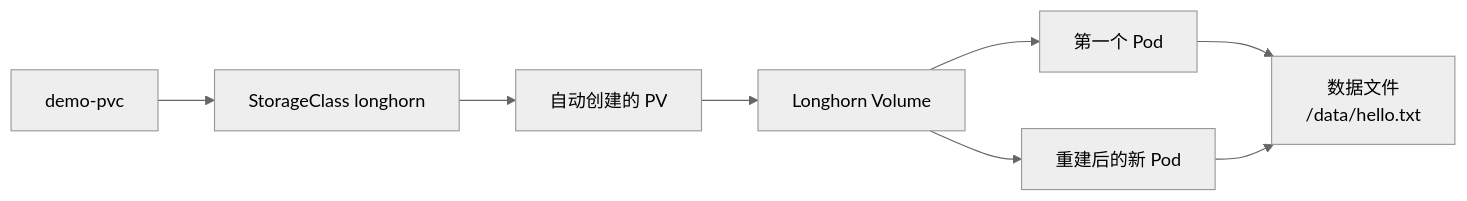
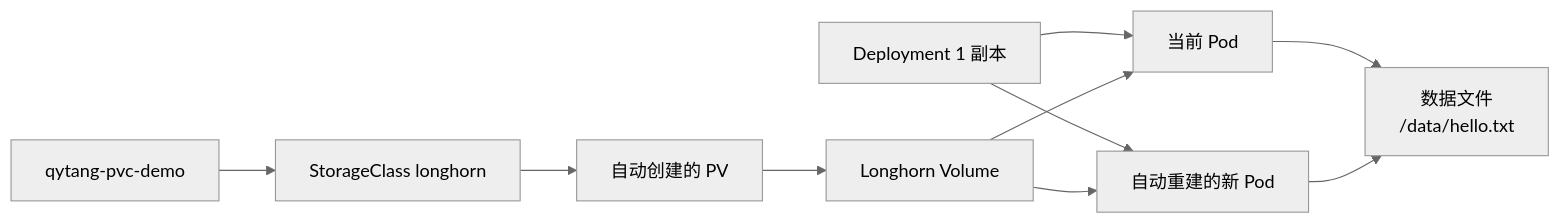
The second of 3 diagrams in k8s/04-storage-and-stateful/docs/06_default_storageclass_and_test_pvc.md (hwang-protocol/docker_k8s_2026), drawn with Mermaid (neutral theme) before and after one commit. The commit also changed other lines of this file and 40 other files, not shown here.

````diff
--- a/k8s/04-storage-and-stateful/docs/06_default_storageclass_and_test_pvc.md
+++ b/k8s/04-storage-and-stateful/docs/06_default_storageclass_and_test_pvc.md
@@ -44,18 +79,21 @@
 ```mermaid
 flowchart LR
-  pvc[demo-pvc]
+  pvc[qytang-pvc-demo]
   sc[StorageClass longhorn]
   pv[自动创建的 PV]
   volume[Longhorn Volume]
-  pod1[第一个 Pod]
-  pod2[重建后的新 Pod]
+  deploy[Deployment 1 副本]
+  pod1[当前 Pod]
+  pod2[自动重建的新 Pod]
   data[数据文件<br/>/data/hello.txt]
 
   pvc --> sc
   sc --> pv
   pv --> volume
+  deploy --> pod1
+  deploy --> pod2
   volume --> pod1
   volume --> pod2
   pod1 --> data
   pod2 --> data
 ```
````
